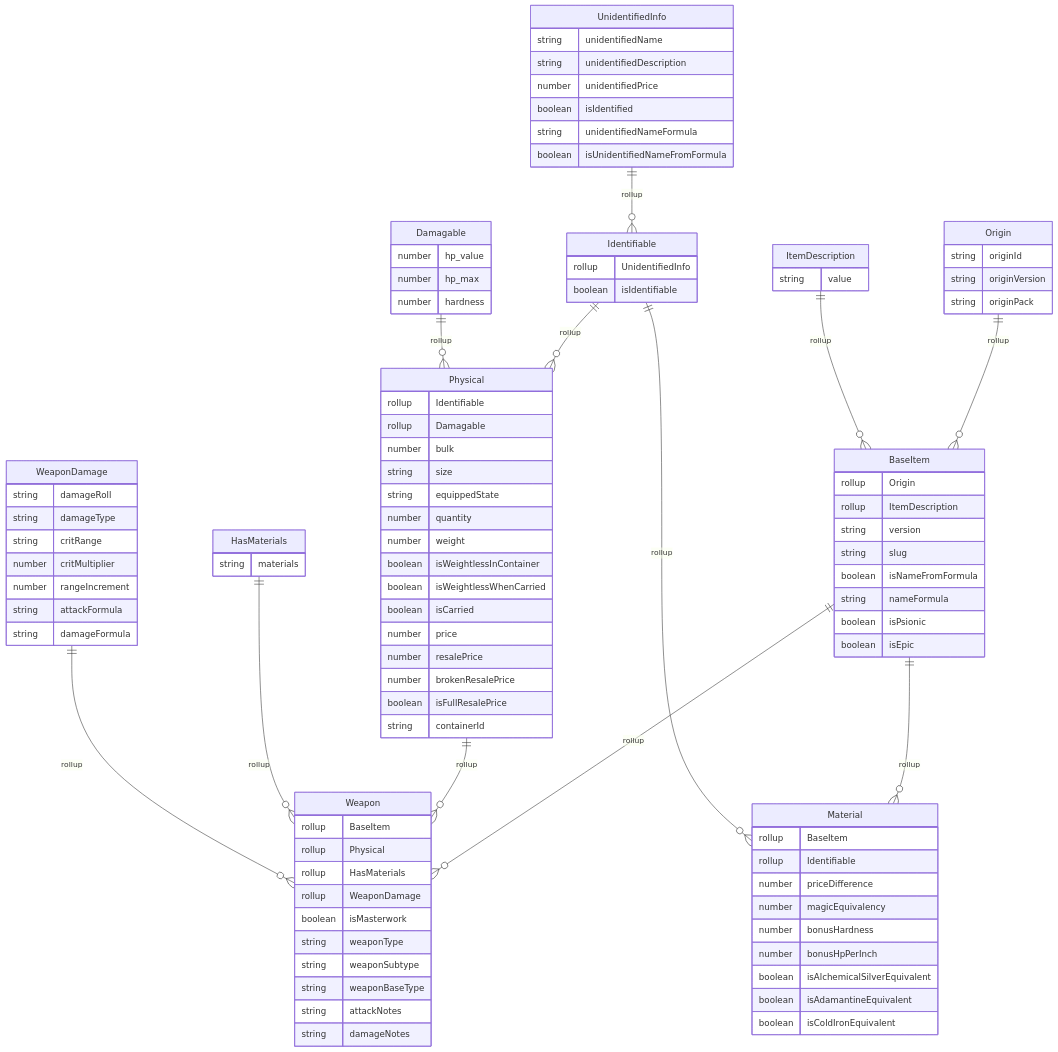
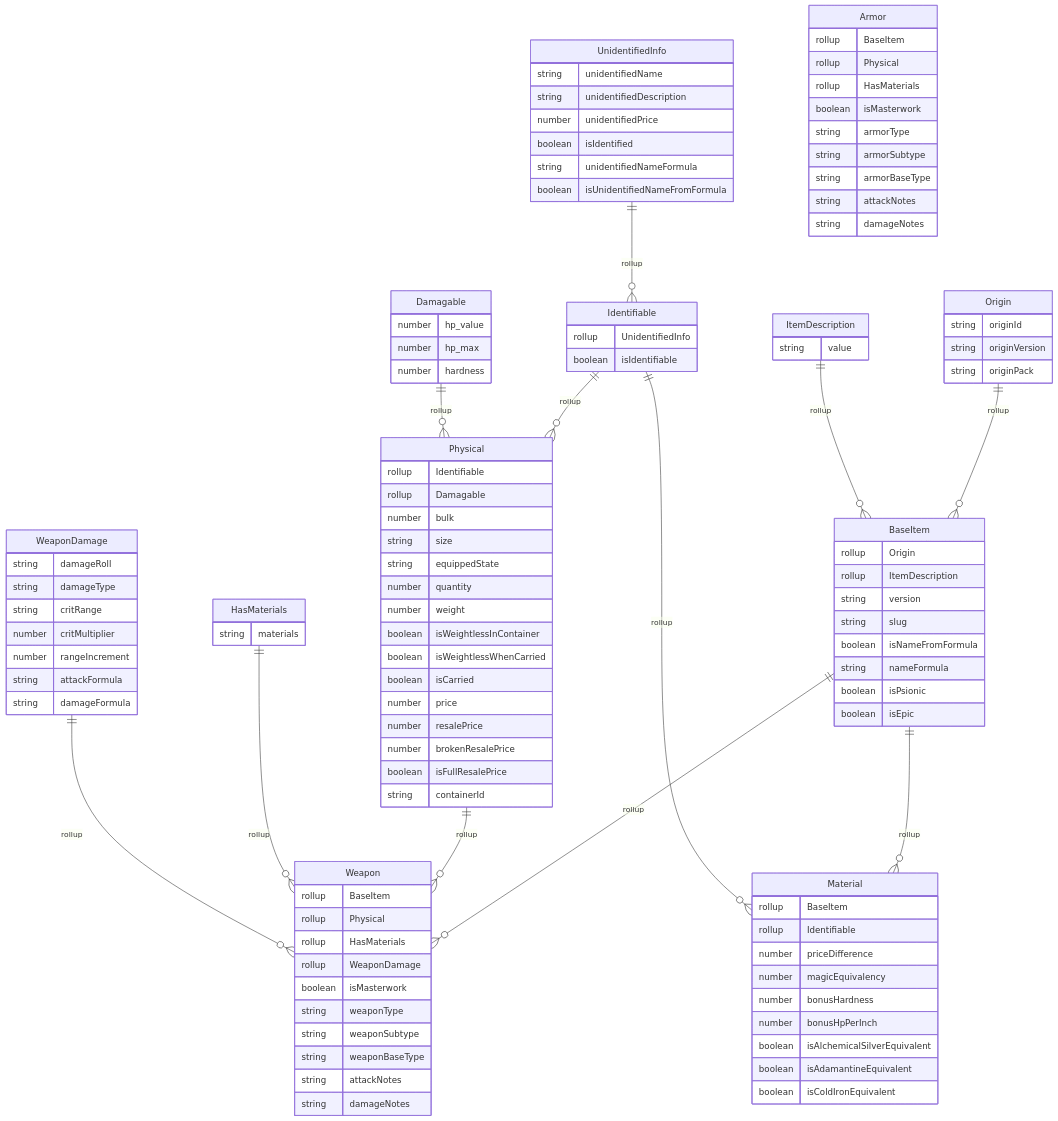
One commit to Chapel-Studios/DnD35e changed the diagram in src/entities/items/PropertyMap (POC).md. Above: the diagram before and after it, drawn with Mermaid. The commit also changed 10 other files, not shown here.

```diff
--- a/src/entities/items/PropertyMap (POC).md
+++ b/src/entities/items/PropertyMap (POC).md
@@ -111,6 +111,20 @@
         string damageNotes
     }
 
+    Armor {
+        rollup BaseItem
+        rollup Physical
+        rollup HasMaterials
+
+        boolean isMasterwork
+        string armorType
+        string armorSubtype
+        string armorBaseType
+        string attackNotes
+        string damageNotes
+    }
+
+
     %% Composition relationships
     Origin          ||--o{ BaseItem   : "rollup"
     ItemDescription ||--o{ BaseItem   : "rollup"
```
